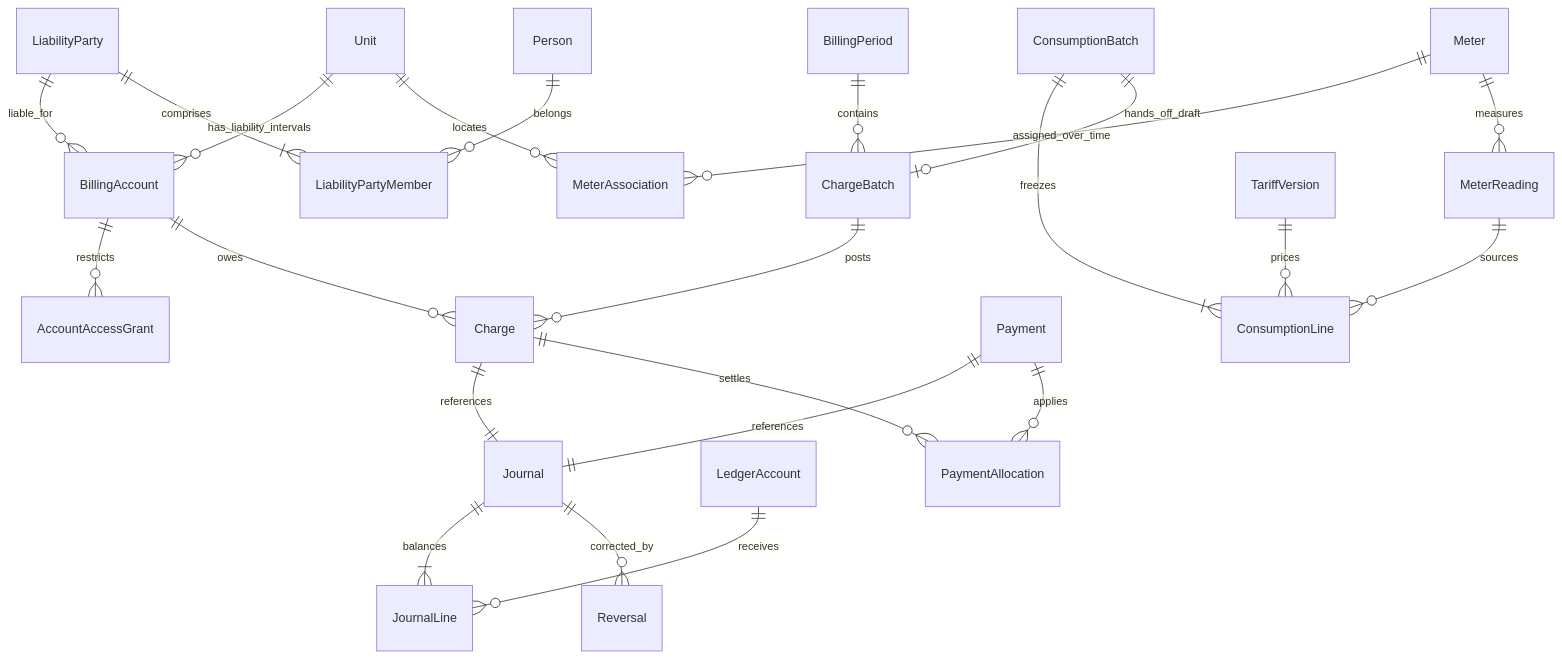
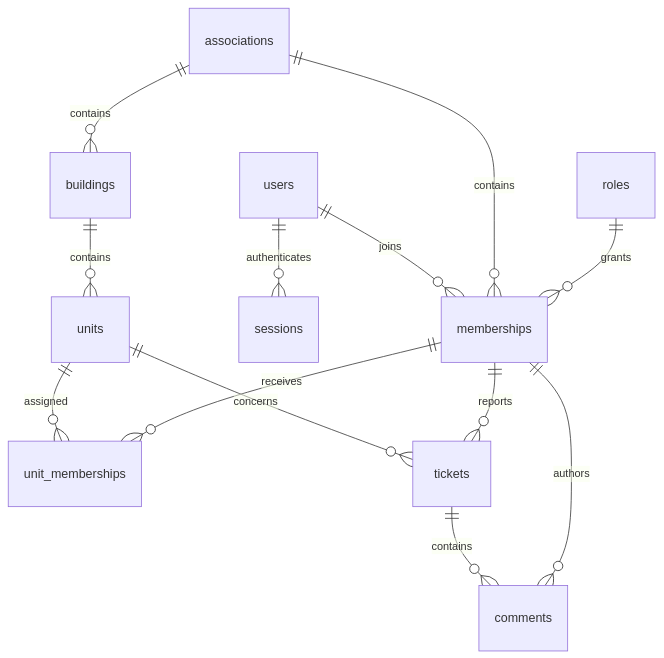
One commit to yoda-dinmd/Locatarius changed the diagram in docs/data-model.md. Above: the diagram before and after it, drawn with Mermaid. The commit also changed other lines of this file and 130 other files, not shown here.

````diff
--- a/docs/data-model.md
+++ b/docs/data-model.md
@@ -125,25 +20,15 @@
 ```mermaid
 erDiagram
-    Unit ||--o{ BillingAccount : has_liability_intervals
-    LiabilityParty ||--o{ BillingAccount : liable_for
-    LiabilityParty ||--|{ LiabilityPartyMember : comprises
-    Person ||--o{ LiabilityPartyMember : belongs
-    BillingAccount ||--o{ AccountAccessGrant : restricts
-    BillingPeriod ||--o{ ChargeBatch : contains
-    ChargeBatch ||--o{ Charge : posts
-    BillingAccount ||--o{ Charge : owes
-    Journal ||--|{ JournalLine : balances
-    LedgerAccount ||--o{ JournalLine : receives
-    Charge ||--|| Journal : references
-    Payment ||--|| Journal : references
-    Payment ||--o{ PaymentAllocation : applies
-    Charge ||--o{ PaymentAllocation : settles
-    Journal ||--o{ Reversal : corrected_by
-    Unit ||--o{ MeterAssociation : locates
-    Meter ||--o{ MeterAssociation : assigned_over_time
-    Meter ||--o{ MeterReading : measures
-    ConsumptionBatch ||--|{ ConsumptionLine : freezes
-    MeterReading ||--o{ ConsumptionLine : sources
-    TariffVersion ||--o{ ConsumptionLine : prices
-    ConsumptionBatch ||--o| ChargeBatch : hands_off_draft
+    users ||--o{ memberships : joins
+    associations ||--o{ memberships : contains
+    roles ||--o{ memberships : grants
+    users ||--o{ sessions : authenticates
+    associations ||--o{ buildings : contains
+    buildings ||--o{ units : contains
+    units ||--o{ unit_memberships : assigned
+    memberships ||--o{ unit_memberships : receives
+    units ||--o{ tickets : concerns
+    memberships ||--o{ tickets : reports
+    tickets ||--o{ comments : contains
+    memberships ||--o{ comments : authors
 ```
````
